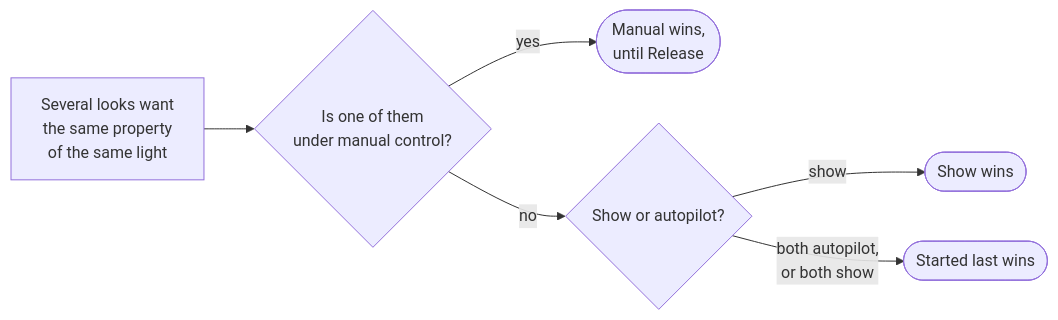
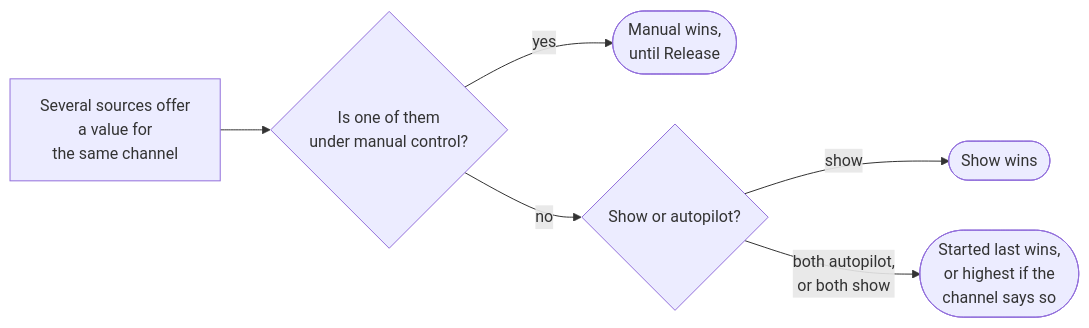
The first of 3 diagrams in docs/design/who-wins.md (abossard/bossylights), drawn with Mermaid before and after one commit. The commit also changed other lines of this file and 17 other files, not shown here.

````diff
--- a/docs/design/who-wins.md
+++ b/docs/design/who-wins.md
@@ -9,8 +11,8 @@
 ```mermaid
 flowchart LR
-  A["Several looks want<br/>the same property<br/>of the same light"] --> B{"Is one of them<br/>under manual control?"}
+  A["Several sources offer<br/>a value for<br/>the same channel"] --> B{"Is one of them<br/>under manual control?"}
   B -- "yes" --> M(["Manual wins,<br/>until Release"])
   B -- "no" --> C{"Show or autopilot?"}
   C -- "show" --> S(["Show wins"])
-  C -- "both autopilot,<br/>or both show" --> D(["Started last wins"])
+  C -- "both autopilot,<br/>or both show" --> D(["Started last wins,<br/>or highest if the<br/>channel says so"])
 ```
````
